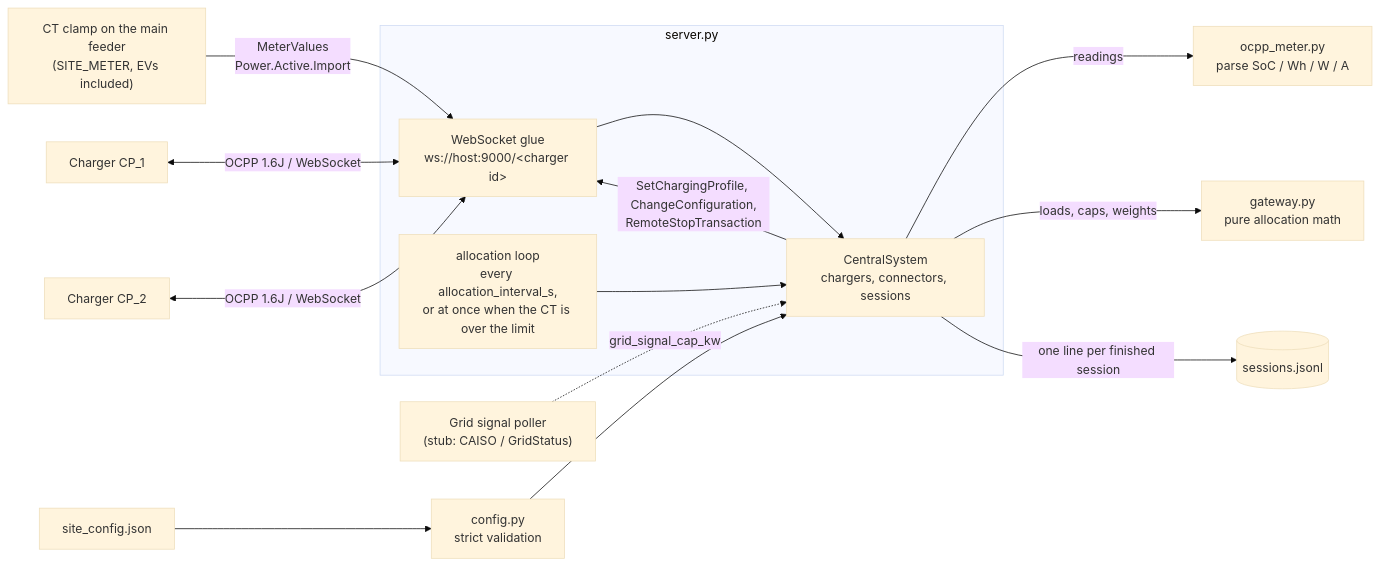
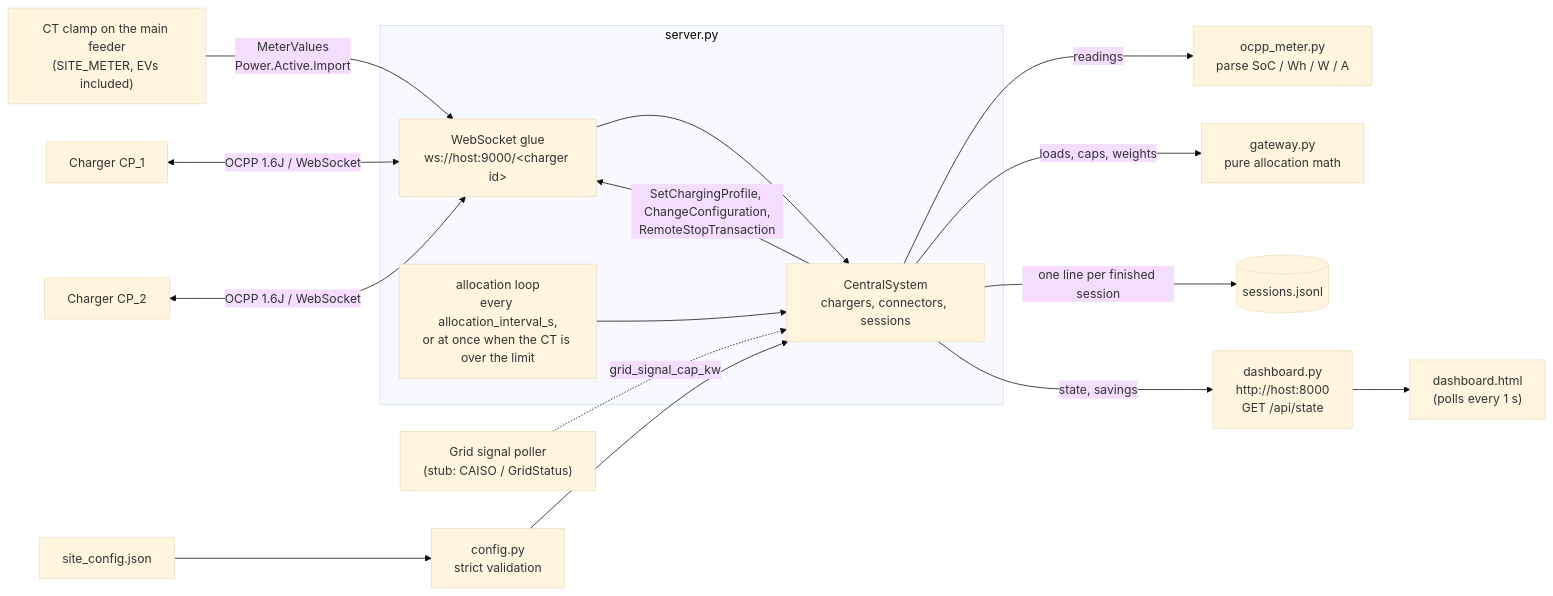
Before and after one commit to Heme0101/edge-ocpp-router: the diagram in README.md, drawn with Mermaid (base theme). The commit also changed other lines of this file and 12 other files, not shown here.

First line of the commit message:
Added PG&E savings tracker, live web dashboard with JSON API, and interactive demo.

````diff
--- a/README.md
+++ b/README.md
@@ -36,18 +36,20 @@
 ```mermaid
 flowchart LR
     CT["CT clamp on the main feeder<br/>(SITE_METER, EVs included)"] -- "MeterValues<br/>Power.Active.Import" --> WS
     CP1["Charger CP_1"] <-- "OCPP 1.6J / WebSocket" --> WS
     CP2["Charger CP_2"] <-- "OCPP 1.6J / WebSocket" --> WS
     GRID["Grid signal poller<br/>(stub: CAISO / GridStatus)"] -. "grid_signal_cap_kw" .-> CS
 
     subgraph server.py
         WS["WebSocket glue<br/>ws://host:9000/&lt;charger id&gt;"] --> CS["CentralSystem<br/>chargers, connectors, sessions"]
         LOOP["allocation loop<br/>every allocation_interval_s,<br/>or at once when the CT is over the limit"] --> CS
     end
 
     CS -- "readings" --> METER["ocpp_meter.py<br/>parse SoC / Wh / W / A"]
     CS -- "loads, caps, weights" --> GW["gateway.py<br/>pure allocation math"]
     CFG["site_config.json"] --> CONF["config.py<br/>strict validation"] --> CS
     CS -- "SetChargingProfile, ChangeConfiguration,<br/>RemoteStopTransaction" --> WS
     CS -- "one line per finished session" --> LOG[("sessions.jsonl")]
+    CS -- "state, savings" --> DASH["dashboard.py<br/>http://host:8000<br/>GET /api/state"]
+    DASH --> BROWSER["dashboard.html<br/>(polls every 1 s)"]
 ```
````
